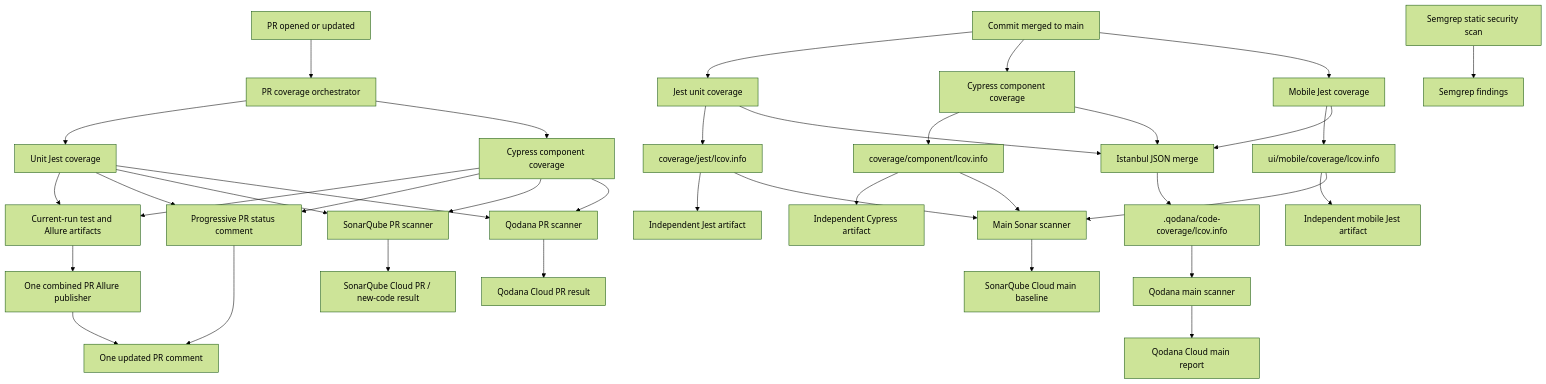
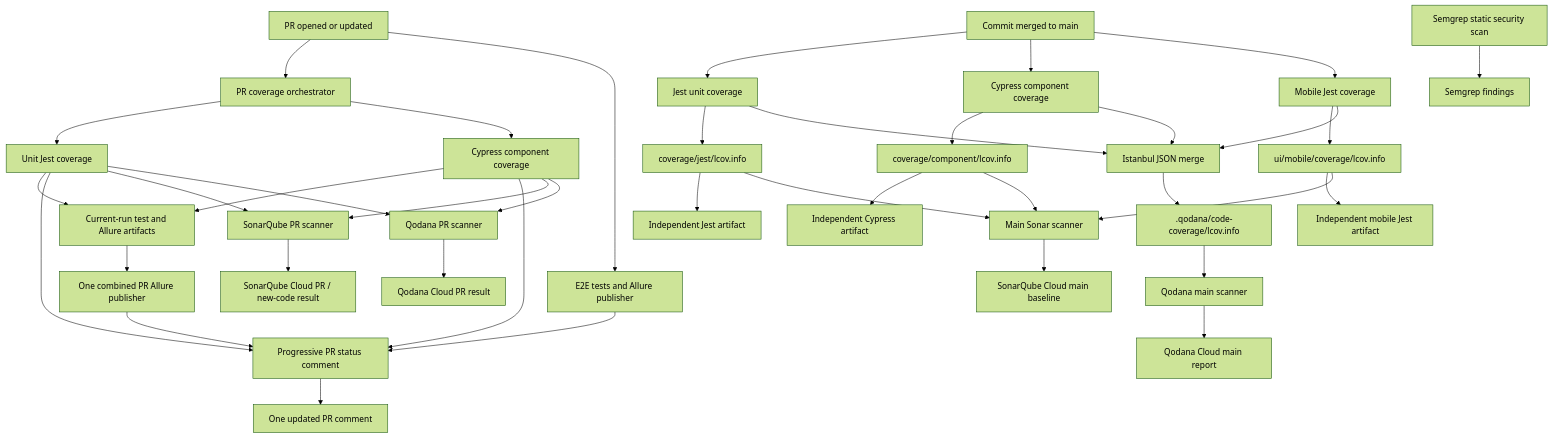
The diagram in docs/ai/design/feature-sonar-test-coverage.md (koreyba/EverFreeNote), drawn with Mermaid (forest theme) before and after one commit. The commit also changed other lines of this file and 11 other files, not shown here.

````diff
--- a/docs/ai/design/feature-sonar-test-coverage.md
+++ b/docs/ai/design/feature-sonar-test-coverage.md
@@ -11,42 +11,44 @@
 ```mermaid
 flowchart TD
   PR["PR opened or updated"] --> PRTests["PR coverage orchestrator"]
   PRTests --> UnitPR["Unit Jest coverage"]
   PRTests --> ComponentPR["Cypress component coverage"]
   UnitPR --> PRArtifacts["Current-run test and Allure artifacts"]
   ComponentPR --> PRArtifacts
   UnitPR --> PRStatus["Progressive PR status comment"]
   ComponentPR --> PRStatus
   PRArtifacts --> AllurePR["One combined PR Allure publisher"]
+  AllurePR --> PRStatus
+  PR --> E2EPR["E2E tests and Allure publisher"]
+  E2EPR --> PRStatus
   PRStatus --> PRComment["One updated PR comment"]
-  AllurePR --> PRComment
   UnitPR --> PRScan["SonarQube PR scanner"]
   ComponentPR --> PRScan
   UnitPR --> QodanaPR["Qodana PR scanner"]
   ComponentPR --> QodanaPR
   PRScan --> PRCloud["SonarQube Cloud PR / new-code result"]
   QodanaPR --> QodanaPRCloud["Qodana Cloud PR result"]
 
   Main["Commit merged to main"] --> Unit["Jest unit coverage"]
   Main --> Component["Cypress component coverage"]
   Main --> Mobile["Mobile Jest coverage"]
   Unit --> UnitLCOV["coverage/jest/lcov.info"]
   Component --> ComponentLCOV["coverage/component/lcov.info"]
   Mobile --> MobileLCOV["ui/mobile/coverage/lcov.info"]
   UnitLCOV --> UnitArtifact["Independent Jest artifact"]
   ComponentLCOV --> ComponentArtifact["Independent Cypress artifact"]
   MobileLCOV --> MobileArtifact["Independent mobile Jest artifact"]
   UnitLCOV --> MainScan["Main Sonar scanner"]
   ComponentLCOV --> MainScan
   MobileLCOV --> MainScan
   MainScan --> MainCloud["SonarQube Cloud main baseline"]
 
   Unit --> QodanaMerge["Istanbul JSON merge"]
   Component --> QodanaMerge
   Mobile --> QodanaMerge
   QodanaMerge --> QodanaLCOV[".qodana/code-coverage/lcov.info"]
   QodanaLCOV --> QodanaScan["Qodana main scanner"]
   QodanaScan --> QodanaCloud["Qodana Cloud main report"]
 
   Semgrep["Semgrep static security scan"] --> SemgrepCloud["Semgrep findings"]
 ```
````
